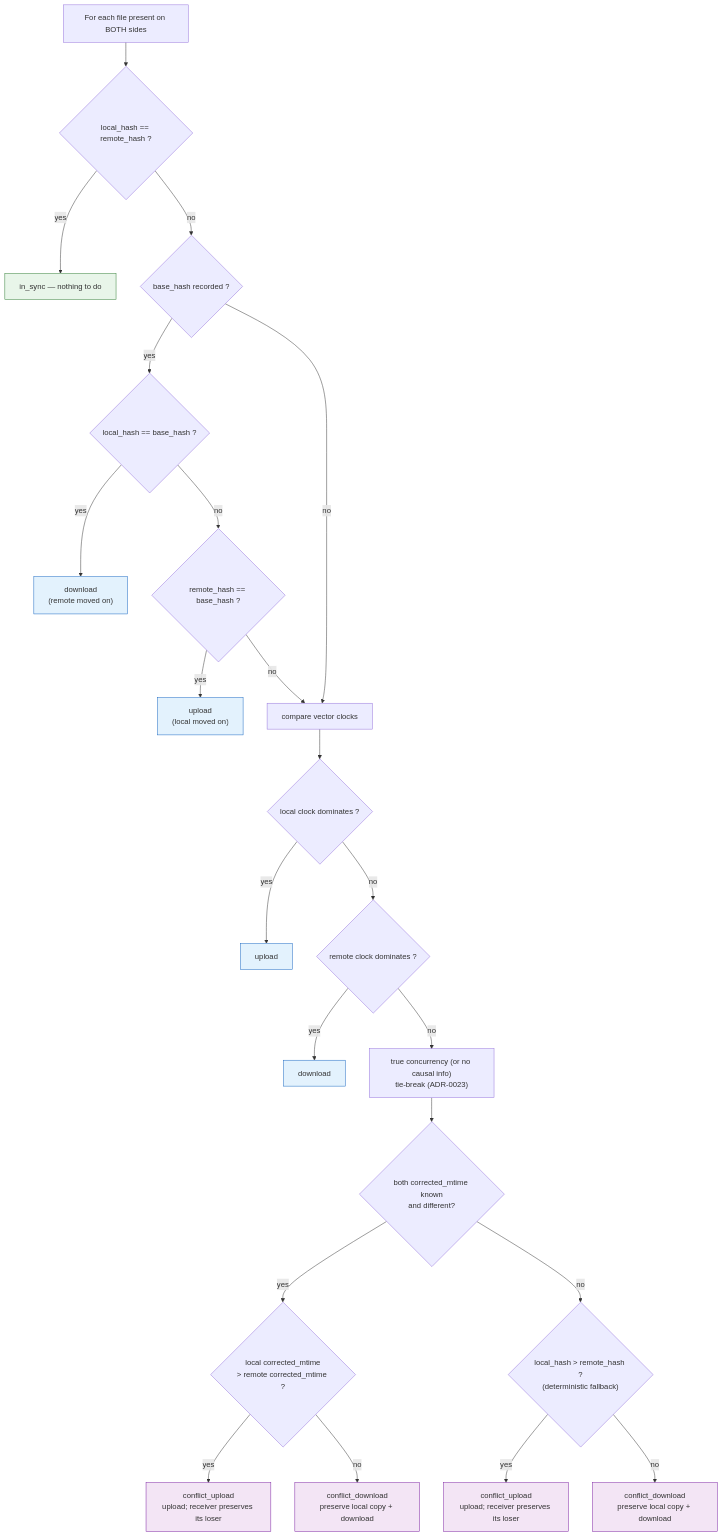
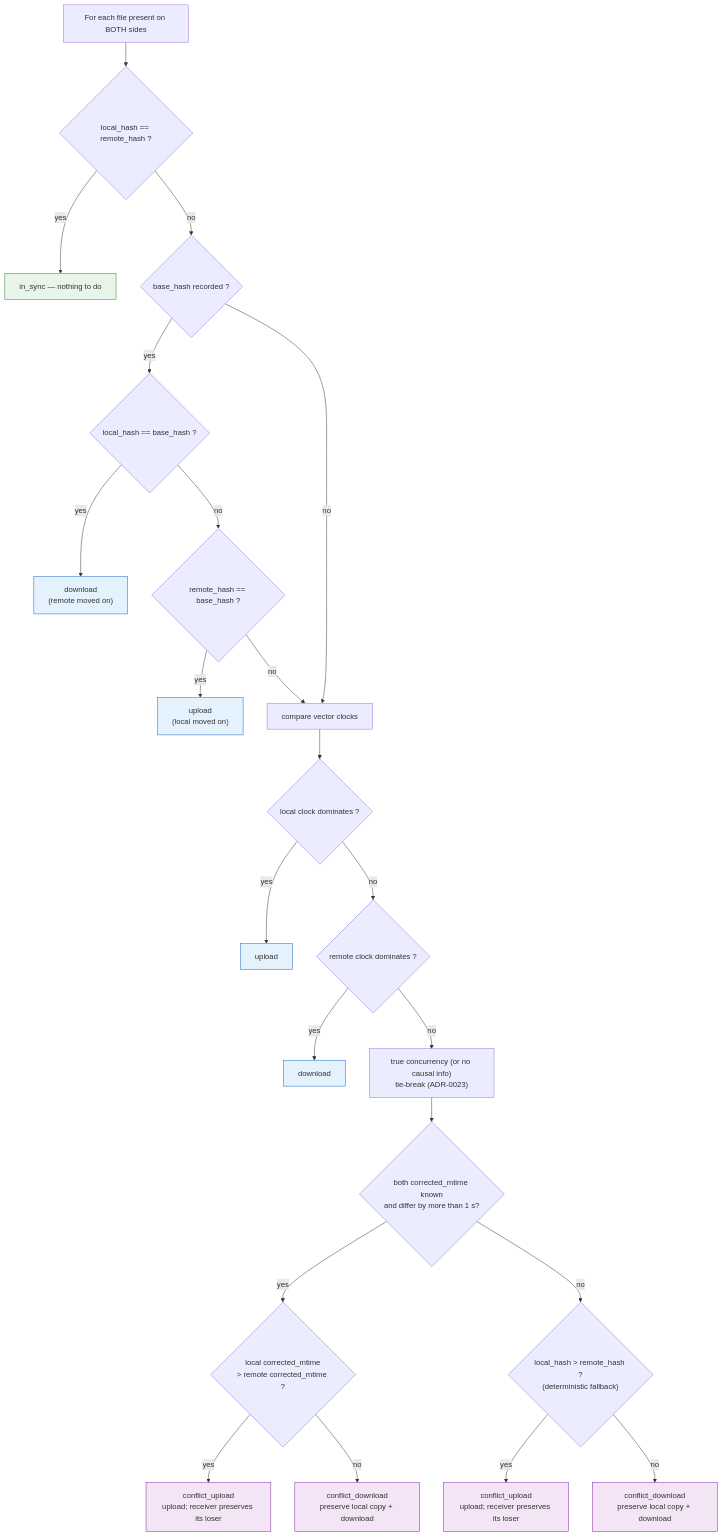
The first of 3 diagrams in docs/conflict-resolution.md (albertsdk/hsync-client), drawn with Mermaid before and after one commit. The commit also changed other lines of this file and 6 other files, not shown here.

````diff
--- a/docs/conflict-resolution.md
+++ b/docs/conflict-resolution.md
@@ -98,35 +98,35 @@
 ```mermaid
 flowchart TD
     S["For each file present on BOTH sides"]
     S --> ID{"local_hash == remote_hash ?"}
     ID -->|yes| INS["in_sync — nothing to do"]
     ID -->|no| BASE{"base_hash recorded ?"}
     BASE -->|yes| LEB{"local_hash == base_hash ?"}
     LEB -->|yes| DL1["download<br/>(remote moved on)"]
     LEB -->|no| REB{"remote_hash == base_hash ?"}
     REB -->|yes| UL1["upload<br/>(local moved on)"]
     REB -->|no| CMP["compare vector clocks"]
     BASE -->|no| CMP
     CMP --> DOM{"local clock dominates ?"}
     DOM -->|yes| UL2["upload"]
     DOM -->|no| DMB{"remote clock dominates ?"}
     DMB -->|yes| DL2["download"]
     DMB -->|no| TIE["true concurrency (or no causal info)<br/>tie-break (ADR-0023)"]
-    TIE --> MT{"both corrected_mtime known<br/>and different?"}
+    TIE --> MT{"both corrected_mtime known<br/>and differ by more than 1 s?"}
     MT -->|yes| NEW{"local corrected_mtime<br/>> remote corrected_mtime ?"}
     NEW -->|yes| CU["conflict_upload<br/>upload; receiver preserves its loser"]
     NEW -->|no| CD["conflict_download<br/>preserve local copy + download"]
     MT -->|no| WIN{"local_hash > remote_hash ?<br/>(deterministic fallback)"}
     WIN -->|yes| CU2["conflict_upload<br/>upload; receiver preserves its loser"]
     WIN -->|no| CD2["conflict_download<br/>preserve local copy + download"]
 
     style INS fill:#e8f5e9,stroke:#2e7d32
     style UL1 fill:#e3f2fd,stroke:#1565c0
     style UL2 fill:#e3f2fd,stroke:#1565c0
     style DL1 fill:#e3f2fd,stroke:#1565c0
     style DL2 fill:#e3f2fd,stroke:#1565c0
     style CU fill:#f3e5f5,stroke:#7b1fa2
     style CD fill:#f3e5f5,stroke:#7b1fa2
     style CU2 fill:#f3e5f5,stroke:#7b1fa2
     style CD2 fill:#f3e5f5,stroke:#7b1fa2
 ```
````
